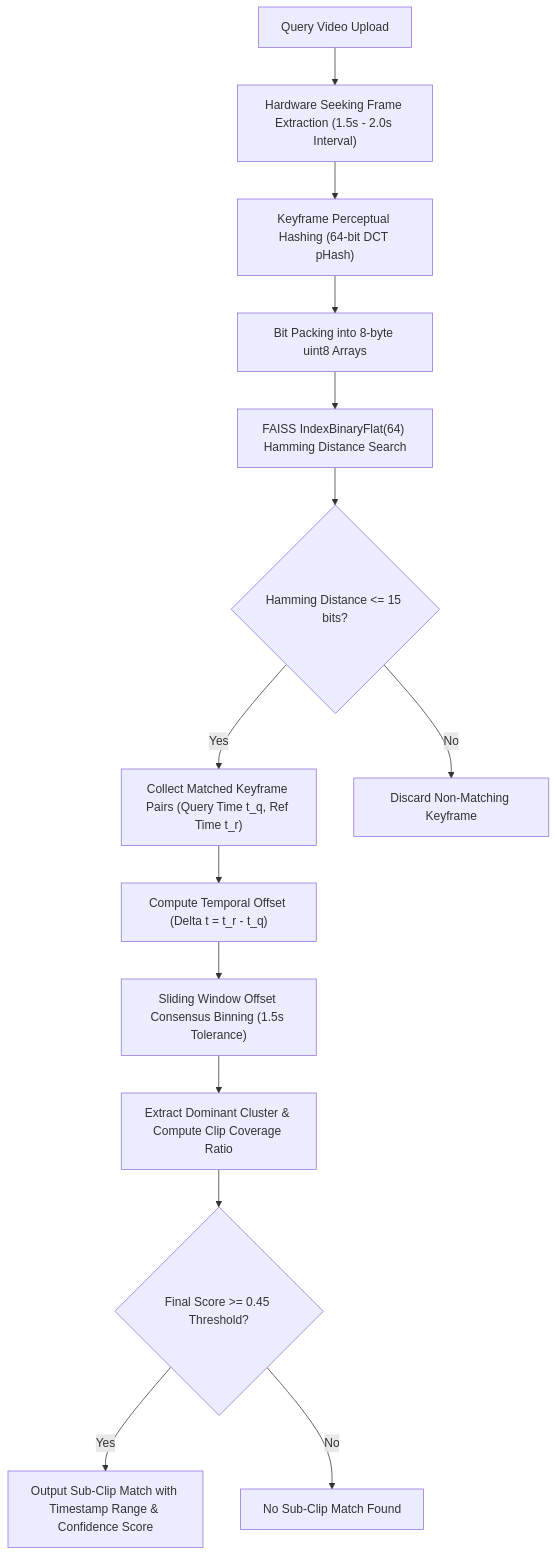
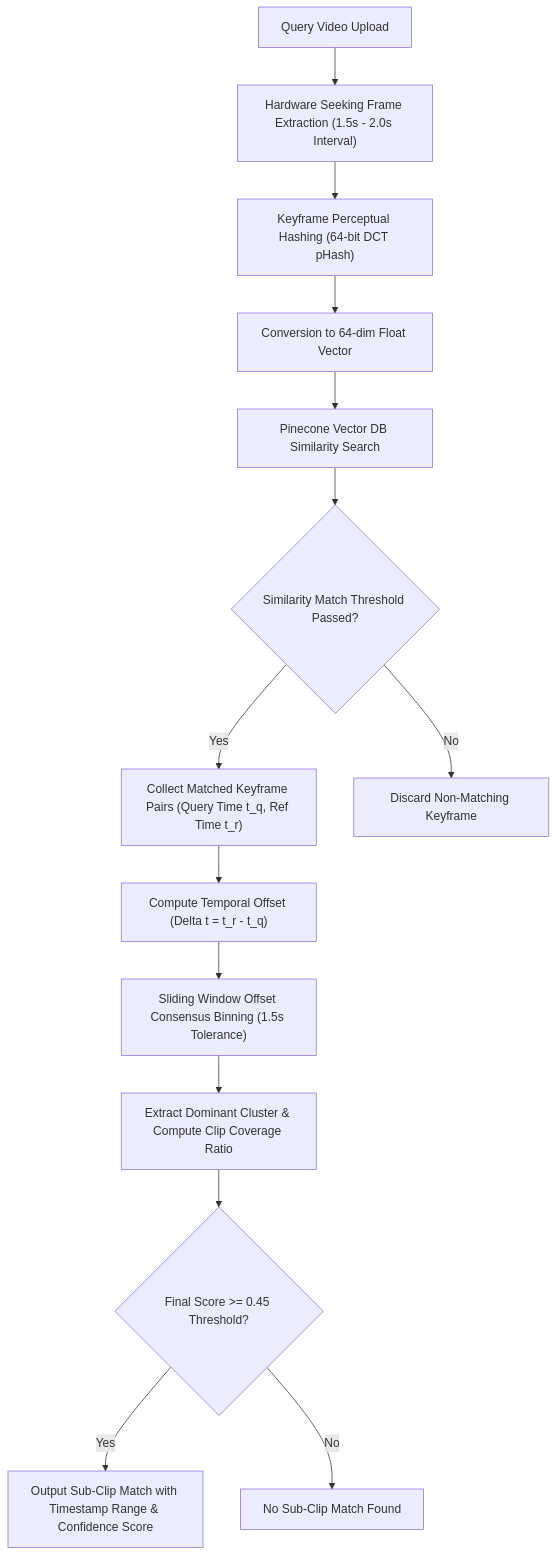
Before and after one commit to yogesh-3324/Binary-Brains: the second of 2 diagrams in README.md, drawn with Mermaid. The commit also changed other lines of this file and 16 other files, not shown here.

Commit message:
feat: integrate Pinecone vector database for image and video duplicate detection and update README

````diff
--- a/README.md
+++ b/README.md
@@ -110,16 +113,16 @@
 ```mermaid
 graph TD
     A["Query Video Upload"] --> B["Hardware Seeking Frame Extraction (1.5s - 2.0s Interval)"]
     B --> C["Keyframe Perceptual Hashing (64-bit DCT pHash)"]
-    C --> D["Bit Packing into 8-byte uint8 Arrays"]
-    D --> E["FAISS IndexBinaryFlat(64) Hamming Distance Search"]
-    E --> F{"Hamming Distance <= 15 bits?"}
+    C --> D["Conversion to 64-dim Float Vector"]
+    D --> E["Pinecone Vector DB Similarity Search"]
+    E --> F{"Similarity Match Threshold Passed?"}
     F -- Yes --> G["Collect Matched Keyframe Pairs (Query Time t_q, Ref Time t_r)"]
     F -- No --> H["Discard Non-Matching Keyframe"]
     G --> I["Compute Temporal Offset (Delta t = t_r - t_q)"]
     I --> J["Sliding Window Offset Consensus Binning (1.5s Tolerance)"]
     J --> K["Extract Dominant Cluster & Compute Clip Coverage Ratio"]
     K --> L{"Final Score >= 0.45 Threshold?"}
     L -- Yes --> M["Output Sub-Clip Match with Timestamp Range & Confidence Score"]
     L -- No --> N["No Sub-Clip Match Found"]
 ```
````
